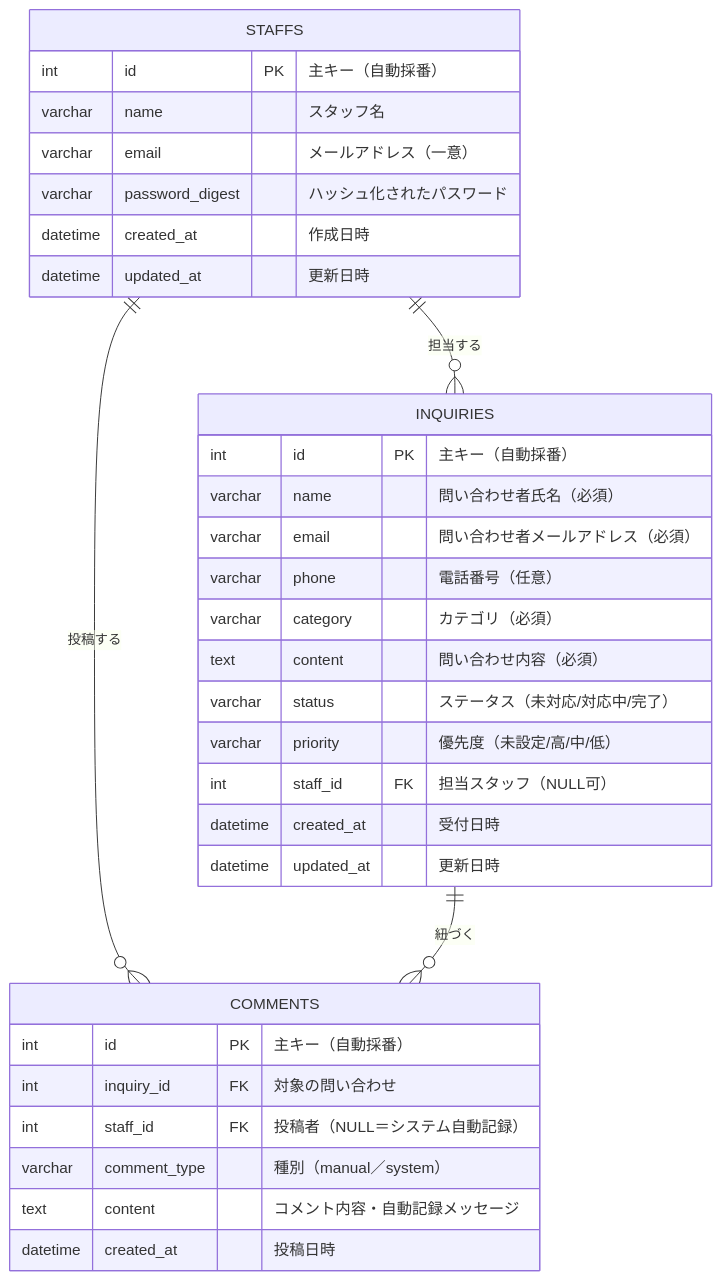
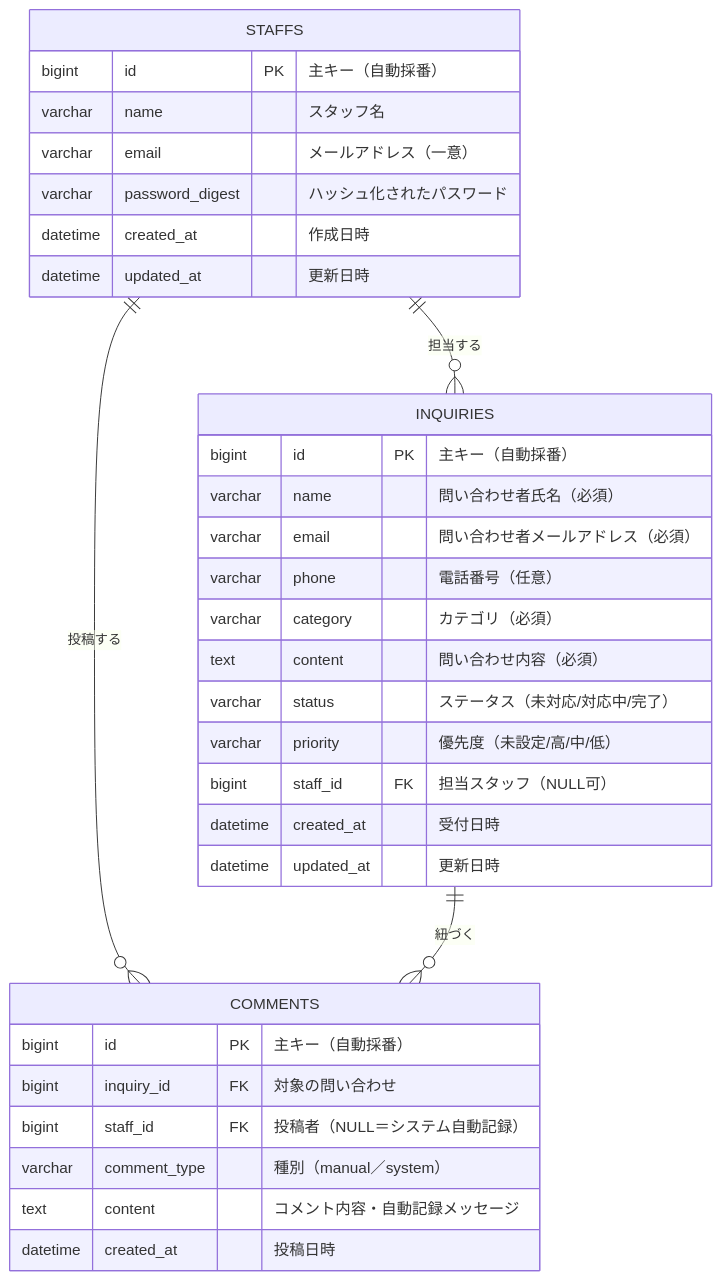
Before and after one commit to chisato-hira/inquiry-management: the diagram in docs/database-design.md, drawn with Mermaid. The commit also changed other lines of this file, not shown here.

Commit message:
docs: データベース設計書のid/外部キーの型表記をBIGINTに修正する

````diff
--- a/docs/database-design.md
+++ b/docs/database-design.md
@@ -5,38 +5,38 @@
 ```mermaid
 erDiagram
     STAFFS ||--o{ INQUIRIES : "担当する"
     STAFFS ||--o{ COMMENTS : "投稿する"
     INQUIRIES ||--o{ COMMENTS : "紐づく"
 
     STAFFS {
-        int id PK "主キー（自動採番）"
+        bigint id PK "主キー（自動採番）"
         varchar name "スタッフ名"
         varchar email "メールアドレス（一意）"
         varchar password_digest "ハッシュ化されたパスワード"
         datetime created_at "作成日時"
         datetime updated_at "更新日時"
     }
 
     INQUIRIES {
-        int id PK "主キー（自動採番）"
+        bigint id PK "主キー（自動採番）"
         varchar name "問い合わせ者氏名（必須）"
         varchar email "問い合わせ者メールアドレス（必須）"
         varchar phone "電話番号（任意）"
         varchar category "カテゴリ（必須）"
         text content "問い合わせ内容（必須）"
         varchar status "ステータス（未対応/対応中/完了）"
         varchar priority "優先度（未設定/高/中/低）"
-        int staff_id FK "担当スタッフ（NULL可）"
+        bigint staff_id FK "担当スタッフ（NULL可）"
         datetime created_at "受付日時"
         datetime updated_at "更新日時"
     }
 
     COMMENTS {
-        int id PK "主キー（自動採番）"
-        int inquiry_id FK "対象の問い合わせ"
-        int staff_id FK "投稿者（NULL＝システム自動記録）"
+        bigint id PK "主キー（自動採番）"
+        bigint inquiry_id FK "対象の問い合わせ"
+        bigint staff_id FK "投稿者（NULL＝システム自動記録）"
         varchar comment_type "種別（manual／system）"
         text content "コメント内容・自動記録メッセージ"
         datetime created_at "投稿日時"
     }
 ```
````
